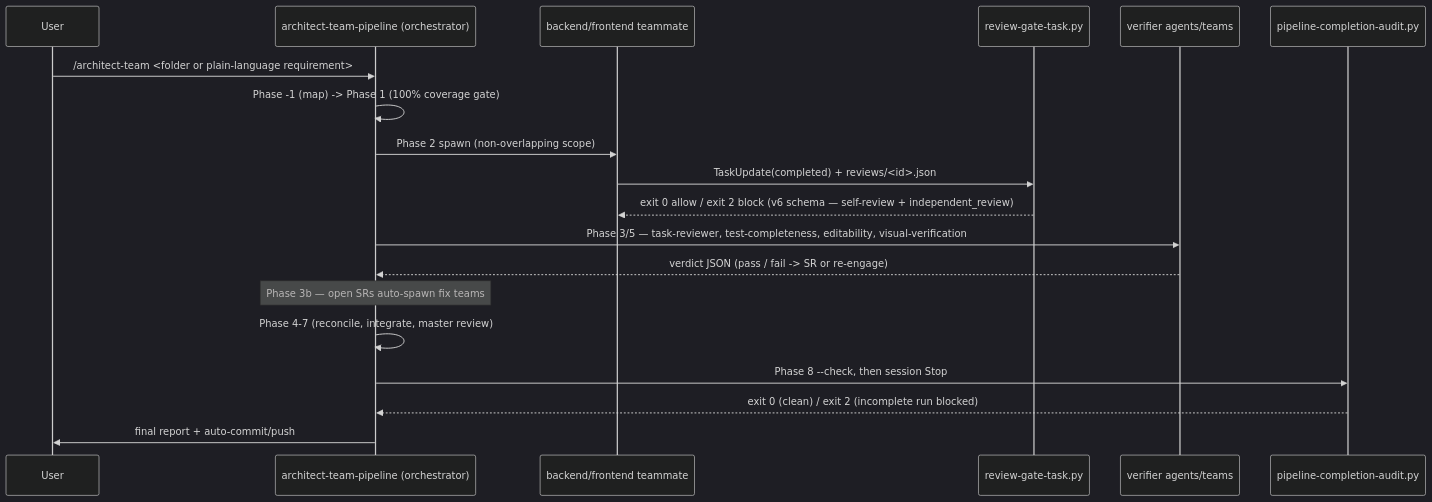
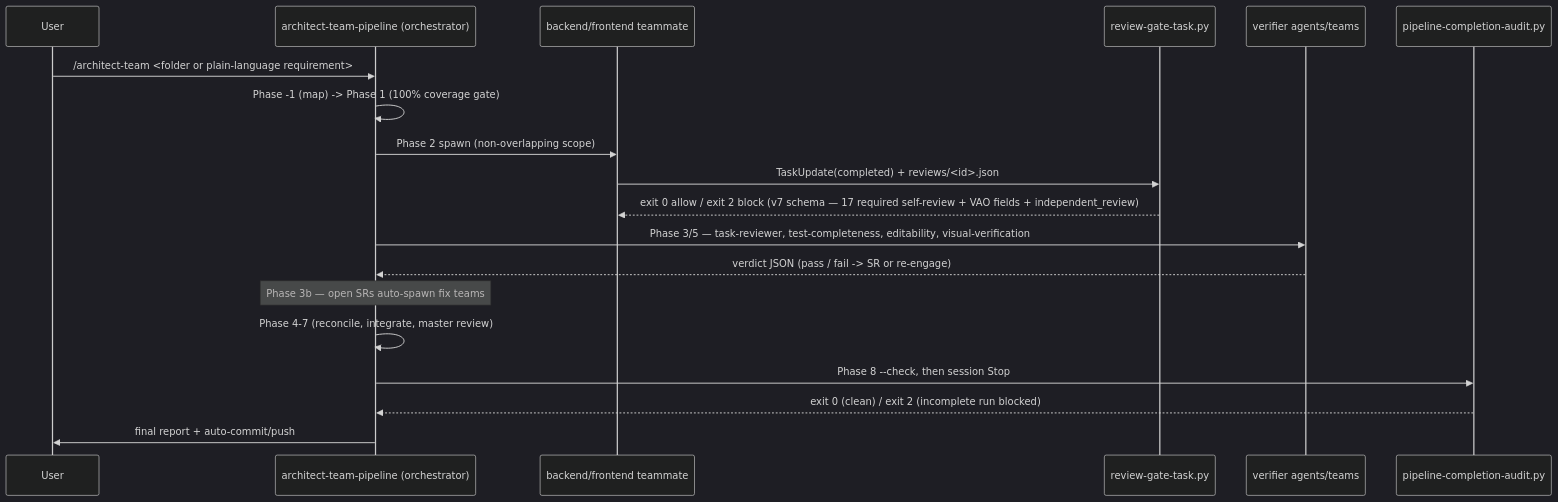
One commit to paulingram/claude-skills changed the second of 2 diagrams in docs/CODEBASE_MAP.md. Above: the diagram before and after it, drawn with Mermaid (dark theme). The commit also changed other lines of this file and 37 other files, not shown here.

First line of the commit message:
skill-compliance-review: the instruction-compliance standard — rubric + deterministic lint + enforced suite gate (v3.31.0)

````diff
--- a/docs/CODEBASE_MAP.md
+++ b/docs/CODEBASE_MAP.md
@@ -338,22 +417,22 @@
 ```mermaid
 sequenceDiagram
     participant User
     participant Orch as architect-team-pipeline (orchestrator)
     participant Team as backend/frontend teammate
     participant Gate as review-gate-task.py
     participant Verif as verifier agents/teams
     participant Stop as pipeline-completion-audit.py
 
     User->>Orch: /architect-team <folder or plain-language requirement>
     Orch->>Orch: Phase -1 (map) -> Phase 1 (100% coverage gate)
     Orch->>Team: Phase 2 spawn (non-overlapping scope)
     Team->>Gate: TaskUpdate(completed) + reviews/<id>.json
-    Gate-->>Team: exit 0 allow / exit 2 block (v6 schema — self-review + independent_review)
+    Gate-->>Team: exit 0 allow / exit 2 block (v7 schema — 17 required self-review + VAO fields + independent_review)
     Orch->>Verif: Phase 3/5 — task-reviewer, test-completeness, editability, visual-verification
     Verif-->>Orch: verdict JSON (pass / fail -> SR or re-engage)
     Note over Orch: Phase 3b — open SRs auto-spawn fix teams
     Orch->>Orch: Phase 4-7 (reconcile, integrate, master review)
     Orch->>Stop: Phase 8 --check, then session Stop
     Stop-->>Orch: exit 0 (clean) / exit 2 (incomplete run blocked)
     Orch->>User: final report + auto-commit/push
 ```
````
